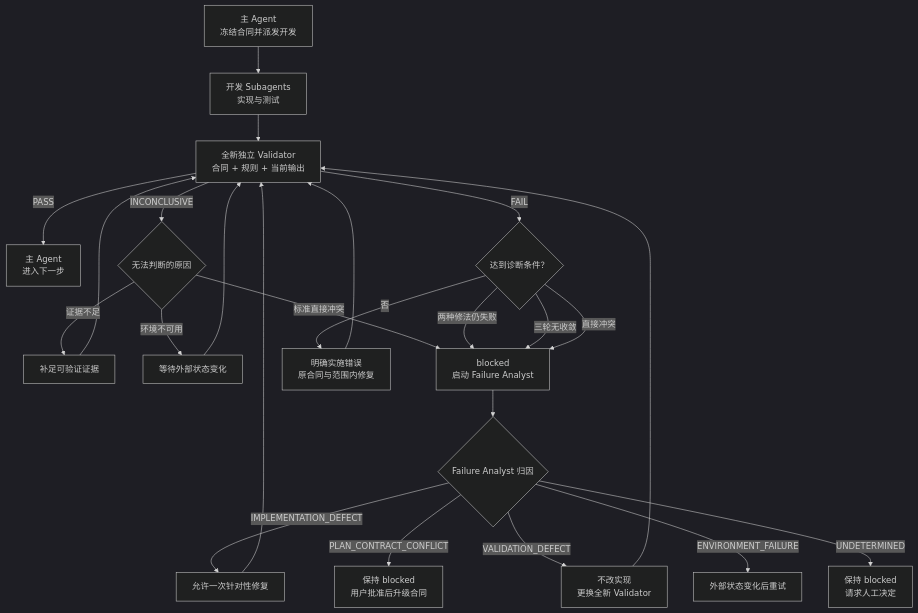
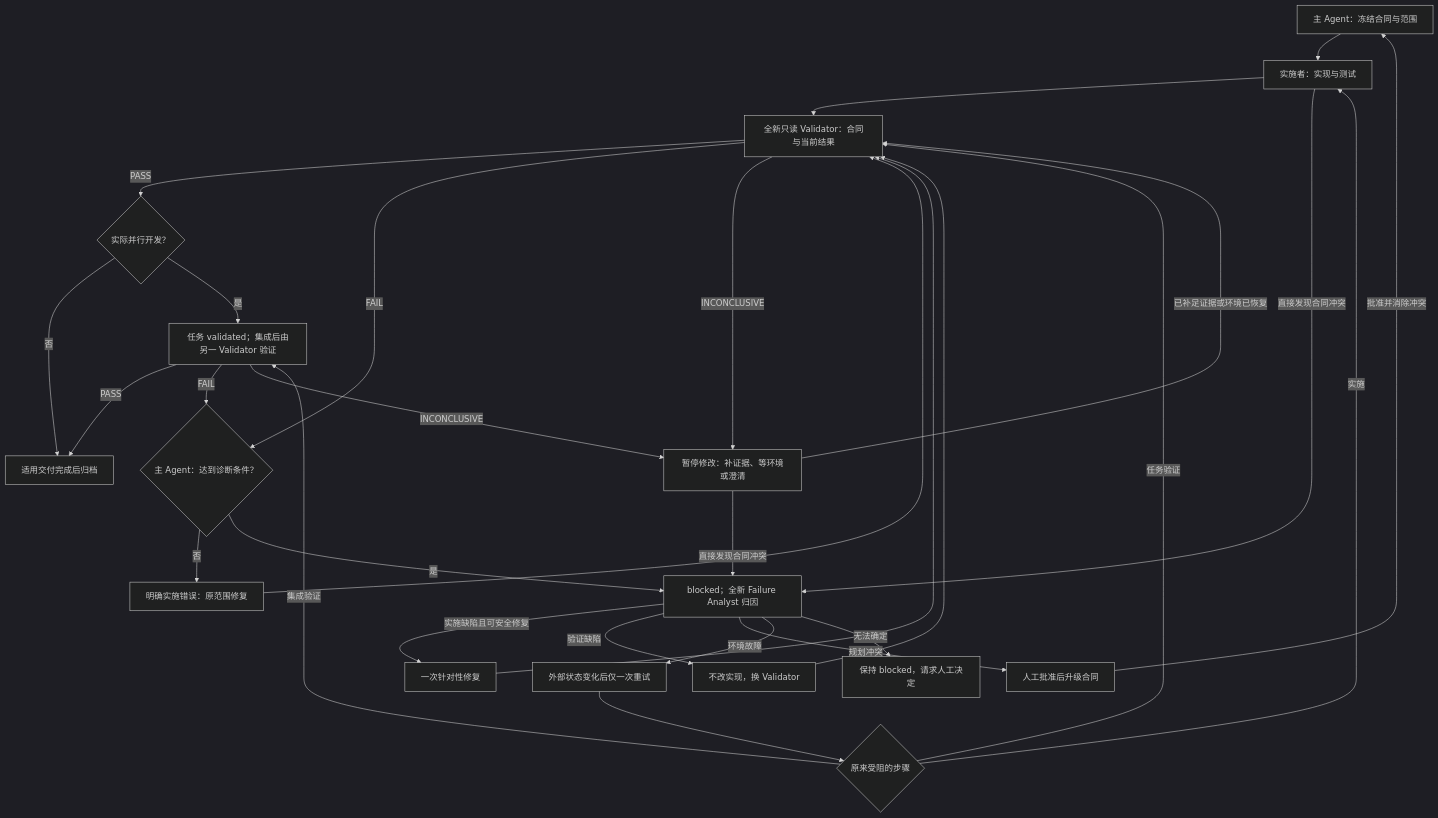
Before and after one commit to wyizhou/agentForge: the diagram in docs/exec-plans/README.md, drawn with Mermaid (dark theme). The commit also changed other lines of this file and 9 other files, not shown here.

````diff
--- a/docs/exec-plans/README.md
+++ b/docs/exec-plans/README.md
@@ -53,26 +180,31 @@
 ```mermaid
 flowchart TD
-    A["主 Agent<br/>冻结合同并派发开发"] --> B["开发 Subagents<br/>实现与测试"]
-    B --> C["全新独立 Validator<br/>合同 + 规则 + 当前输出"]
-    C -->|PASS| D["主 Agent<br/>进入下一步"]
-    C -->|INCONCLUSIVE| E{"无法判断的原因"}
-    E -->|证据不足| F["补足可验证证据"]
-    E -->|环境不可用| G["等待外部状态变化"]
-    E -->|标准直接冲突| H["blocked<br/>启动 Failure Analyst"]
-    F --> C
-    G --> C
-    C -->|FAIL| I{"达到诊断条件？"}
-    I -->|否| J["明确实施错误<br/>原合同与范围内修复"]
-    J --> C
-    I -->|两种修法仍失败| H
-    I -->|三轮无收敛| H
-    I -->|直接冲突| H
-    H --> K{"Failure Analyst 归因"}
-    K -->|IMPLEMENTATION_DEFECT| L["允许一次针对性修复"]
-    L --> C
-    K -->|PLAN_CONTRACT_CONFLICT| M["保持 blocked<br/>用户批准后升级合同"]
-    K -->|VALIDATION_DEFECT| N["不改实现<br/>更换全新 Validator"]
-    N --> C
-    K -->|ENVIRONMENT_FAILURE| O["外部状态变化后重试"]
-    K -->|UNDETERMINED| P["保持 blocked<br/>请求人工决定"]
+    A["主 Agent：冻结合同与范围"] --> B["实施者：实现与测试"]
+    B --> V["全新只读 Validator：合同与当前结果"]
+    V -->|PASS| P{"实际并行开发？"}
+    P -->|否| S["适用交付完成后归档"]
+    P -->|是| T["任务 validated；集成后由另一 Validator 验证"]
+    T -->|PASS| S
+    T -->|FAIL| D
+    T -->|INCONCLUSIVE| U
+    V -->|FAIL| D{"主 Agent：达到诊断条件？"}
+    D -->|否| R["明确实施错误：原范围修复"]
+    R --> V
+    D -->|是| F["blocked；全新 Failure Analyst 归因"]
+    V -->|INCONCLUSIVE| U["暂停修改：补证据、等环境或澄清"]
+    U -->|已补足证据或环境已恢复| V
+    U -->|直接发现合同冲突| F
+    B -->|直接发现合同冲突| F
+    F -->|实施缺陷且可安全修复| O["一次针对性修复"]
+    O --> V
+    F -->|验证缺陷| N["不改实现，换 Validator"]
+    N --> V
+    F -->|规划冲突| H["人工批准后升级合同"]
+    H -->|批准并消除冲突| A
+    F -->|环境故障| E["外部状态变化后仅一次重试"]
+    E --> Q{"原来受阻的步骤"}
+    Q -->|实施| B
+    Q -->|任务验证| V
+    Q -->|集成验证| T
+    F -->|无法确定| X["保持 blocked，请求人工决定"]
 ```
````
